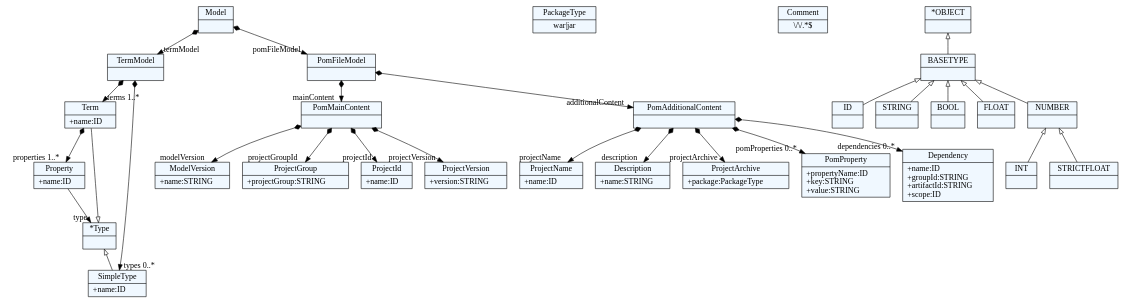
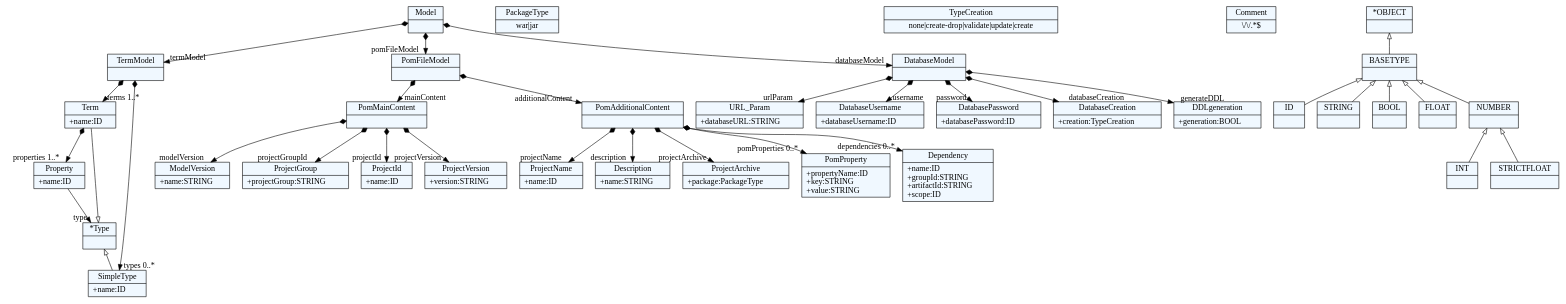
Before and after one commit to jovan996/Projekat-JSD: the diagram in dotexport/term.dot, drawn with Graphviz. The commit also changed 18 other files, not shown here.

Commit message:
added grammar and model for applcation.properties file

```diff
--- a/dotexport/term.dot
+++ b/dotexport/term.dot
@@ -1,102 +1,122 @@
 
     digraph textX {
     fontname = "Bitstream Vera Sans"
     fontsize = 8
     node[
         shape=record,
         style=filled,
         fillcolor=aliceblue
     ]
     nodesep = 0.3
     edge[dir=black,arrowtail=empty]
 
 
-2890929301208[ label="{Model|}"]
+2593639160504[ label="{Model|}"]
 
-2890929312536[ label="{TermModel|}"]
+2593639149176[ label="{TermModel|}"]
 
-2890929321976[ label="{Term|+name:ID\l}"]
+2593639143512[ label="{Term|+name:ID\l}"]
 
-2890929305928[ label="{Property|+name:ID\l}"]
+2593639152952[ label="{Property|+name:ID\l}"]
 
-2890929338968[ label="{*Type|}"]
+2593639167112[ label="{*Type|}"]
 
-2890929298376[ label="{SimpleType|+name:ID\l}"]
+2593639255848[ label="{SimpleType|+name:ID\l}"]
 
-2890929340856[ label="{PomFileModel|}"]
+2593639145400[ label="{PomFileModel|}"]
 
-2890929316312[ label="{PomMainContent|}"]
+2593639157672[ label="{PomMainContent|}"]
 
-2890929344632[ label="{ModelVersion|+name:STRING\l}"]
+2593639162392[ label="{ModelVersion|+name:STRING\l}"]
 
-2890929346520[ label="{ProjectGroup|+projectGroup:STRING\l}"]
+2593639146344[ label="{ProjectGroup|+projectGroup:STRING\l}"]
 
-2890929317256[ label="{ProjectId|+name:ID\l}"]
+2593639159560[ label="{ProjectId|+name:ID\l}"]
 
-2890929335192[ label="{ProjectVersion|+version:STRING\l}"]
+2593639142568[ label="{ProjectVersion|+version:STRING\l}"]
 
-2890929306872[ label="{PomAdditionalContent|}"]
+2593639174664[ label="{PomAdditionalContent|}"]
 
-2890929343688[ label="{ProjectName|+name:ID\l}"]
+2593639177496[ label="{ProjectName|+name:ID\l}"]
 
-2890929348408[ label="{Description|+name:STRING\l}"]
+2593639175608[ label="{Description|+name:STRING\l}"]
 
-2890929351240[ label="{ProjectArchive|+package:PackageType\l}"]
+2593639183160[ label="{ProjectArchive|+package:PackageType\l}"]
 
-2890929352184[ label="{PackageType|war\|jar}"]
+2593639189768[ label="{PackageType|war\|jar}"]
 
-2890929355960[ label="{PomProperty|+propertyName:ID\l+key:STRING\l+value:STRING\l}"]
+2593639190712[ label="{PomProperty|+propertyName:ID\l+key:STRING\l+value:STRING\l}"]
 
-2890929365400[ label="{Dependency|+name:ID\l+groupId:STRING\l+artifactId:STRING\l+scope:ID\l}"]
+2593639192600[ label="{Dependency|+name:ID\l+groupId:STRING\l+artifactId:STRING\l+scope:ID\l}"]
 
-2890929361624[ label="{Comment|\\/\\/.*$}"]
+2593639168056[ label="{DatabaseModel|}"]
 
-2890929323864[ label="{ID|}"]
+2593639171832[ label="{URL_Param|+databaseURL:STRING\l}"]
 
-2890929324808[ label="{STRING|}"]
+2593639187880[ label="{DatabaseUsername|+databaseUsername:ID\l}"]
 
-2890929302152[ label="{BOOL|}"]
+2593639182216[ label="{DatabasePassword|+databasePassword:ID\l}"]
 
-2890929325752[ label="{INT|}"]
+2593639256792[ label="{DatabaseCreation|+creation:TypeCreation\l}"]
 
-2890929327640[ label="{FLOAT|}"]
+2593644036008[ label="{TypeCreation|none\|create-drop\|validate\|update\|create}"]
 
-2890929329528[ label="{STRICTFLOAT|}"]
+2593644050168[ label="{DDLgeneration|+generation:BOOL\l}"]
 
-2890929310648[ label="{NUMBER|}"]
+2593644026568[ label="{Comment|\\/\\/.*$}"]
 
-2890929331416[ label="{BASETYPE|}"]
+2593639261512[ label="{ID|}"]
 
-2890929311592[ label="{*OBJECT|}"]
+2593639258680[ label="{STRING|}"]
+
+2593639155784[ label="{BOOL|}"]
+
+2593639148232[ label="{INT|}"]
+
+2593639152008[ label="{FLOAT|}"]
+
+2593639153896[ label="{STRICTFLOAT|}"]
+
+2593639137848[ label="{NUMBER|}"]
+
+2593639133128[ label="{BASETYPE|}"]
+
+2593639135960[ label="{*OBJECT|}"]
 
 
 
-2890929301208 -> 2890929312536[arrowtail=diamond, dir=both, headlabel="termModel "]
-2890929301208 -> 2890929340856[arrowtail=diamond, dir=both, headlabel="pomFileModel "]
-2890929312536 -> 2890929298376[arrowtail=diamond, dir=both, headlabel="types 0..*"]
-2890929312536 -> 2890929321976[arrowtail=diamond, dir=both, headlabel="terms 1..*"]
-2890929321976 -> 2890929305928[arrowtail=diamond, dir=both, headlabel="properties 1..*"]
-2890929305928 -> 2890929338968[headlabel="type "]
-2890929338968 -> 2890929298376 [dir=back]
-2890929338968 -> 2890929321976 [dir=back]
-2890929340856 -> 2890929316312[arrowtail=diamond, dir=both, headlabel="mainContent "]
-2890929340856 -> 2890929306872[arrowtail=diamond, dir=both, headlabel="additionalContent "]
-2890929316312 -> 2890929344632[arrowtail=diamond, dir=both, headlabel="modelVersion "]
-2890929316312 -> 2890929346520[arrowtail=diamond, dir=both, headlabel="projectGroupId "]
-2890929316312 -> 2890929317256[arrowtail=diamond, dir=both, headlabel="projectId "]
-2890929316312 -> 2890929335192[arrowtail=diamond, dir=both, headlabel="projectVersion "]
-2890929306872 -> 2890929351240[arrowtail=diamond, dir=both, headlabel="projectArchive "]
-2890929306872 -> 2890929343688[arrowtail=diamond, dir=both, headlabel="projectName "]
-2890929306872 -> 2890929348408[arrowtail=diamond, dir=both, headlabel="description "]
-2890929306872 -> 2890929355960[arrowtail=diamond, dir=both, headlabel="pomProperties 0..*"]
-2890929306872 -> 2890929365400[arrowtail=diamond, dir=both, headlabel="dependencies 0..*"]
-2890929310648 -> 2890929329528 [dir=back]
-2890929310648 -> 2890929325752 [dir=back]
-2890929331416 -> 2890929310648 [dir=back]
-2890929331416 -> 2890929327640 [dir=back]
-2890929331416 -> 2890929302152 [dir=back]
-2890929331416 -> 2890929323864 [dir=back]
-2890929331416 -> 2890929324808 [dir=back]
-2890929311592 -> 2890929331416 [dir=back]
+2593639160504 -> 2593639149176[arrowtail=diamond, dir=both, headlabel="termModel "]
+2593639160504 -> 2593639145400[arrowtail=diamond, dir=both, headlabel="pomFileModel "]
+2593639160504 -> 2593639168056[arrowtail=diamond, dir=both, headlabel="databaseModel "]
+2593639149176 -> 2593639255848[arrowtail=diamond, dir=both, headlabel="types 0..*"]
+2593639149176 -> 2593639143512[arrowtail=diamond, dir=both, headlabel="terms 1..*"]
+2593639143512 -> 2593639152952[arrowtail=diamond, dir=both, headlabel="properties 1..*"]
+2593639152952 -> 2593639167112[headlabel="type "]
+2593639167112 -> 2593639255848 [dir=back]
+2593639167112 -> 2593639143512 [dir=back]
+2593639145400 -> 2593639157672[arrowtail=diamond, dir=both, headlabel="mainContent "]
+2593639145400 -> 2593639174664[arrowtail=diamond, dir=both, headlabel="additionalContent "]
+2593639157672 -> 2593639162392[arrowtail=diamond, dir=both, headlabel="modelVersion "]
+2593639157672 -> 2593639146344[arrowtail=diamond, dir=both, headlabel="projectGroupId "]
+2593639157672 -> 2593639159560[arrowtail=diamond, dir=both, headlabel="projectId "]
+2593639157672 -> 2593639142568[arrowtail=diamond, dir=both, headlabel="projectVersion "]
+2593639174664 -> 2593639183160[arrowtail=diamond, dir=both, headlabel="projectArchive "]
+2593639174664 -> 2593639177496[arrowtail=diamond, dir=both, headlabel="projectName "]
+2593639174664 -> 2593639175608[arrowtail=diamond, dir=both, headlabel="description "]
+2593639174664 -> 2593639190712[arrowtail=diamond, dir=both, headlabel="pomProperties 0..*"]
+2593639174664 -> 2593639192600[arrowtail=diamond, dir=both, headlabel="dependencies 0..*"]
+2593639168056 -> 2593639171832[arrowtail=diamond, dir=both, headlabel="urlParam "]
+2593639168056 -> 2593639187880[arrowtail=diamond, dir=both, headlabel="username "]
+2593639168056 -> 2593639182216[arrowtail=diamond, dir=both, headlabel="password "]
+2593639168056 -> 2593639256792[arrowtail=diamond, dir=both, headlabel="databaseCreation "]
+2593639168056 -> 2593644050168[arrowtail=diamond, dir=both, headlabel="generateDDL "]
+2593639137848 -> 2593639153896 [dir=back]
+2593639137848 -> 2593639148232 [dir=back]
+2593639133128 -> 2593639137848 [dir=back]
+2593639133128 -> 2593639152008 [dir=back]
+2593639133128 -> 2593639155784 [dir=back]
+2593639133128 -> 2593639261512 [dir=back]
+2593639133128 -> 2593639258680 [dir=back]
+2593639135960 -> 2593639133128 [dir=back]
 
 }
```
